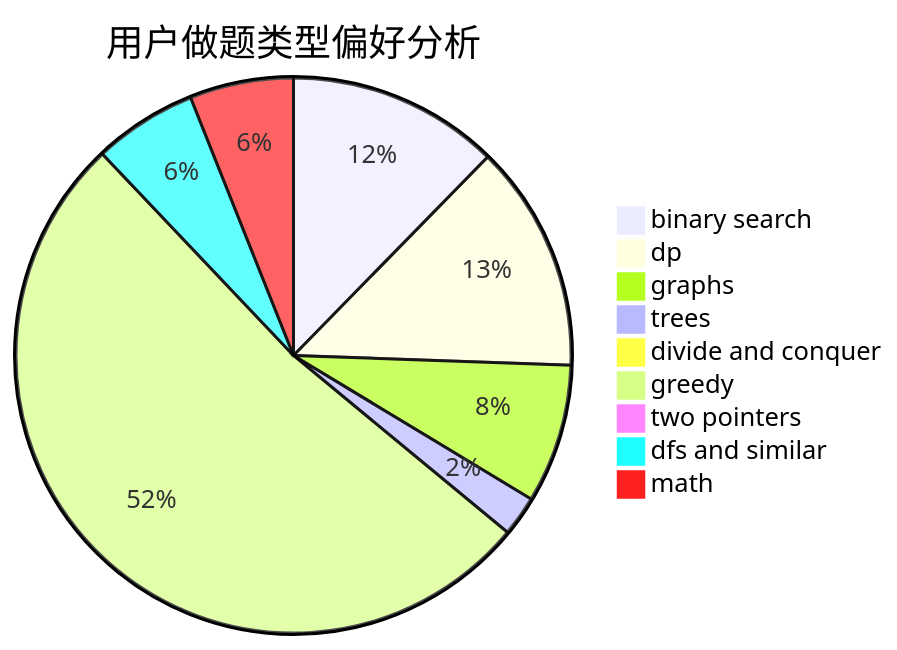
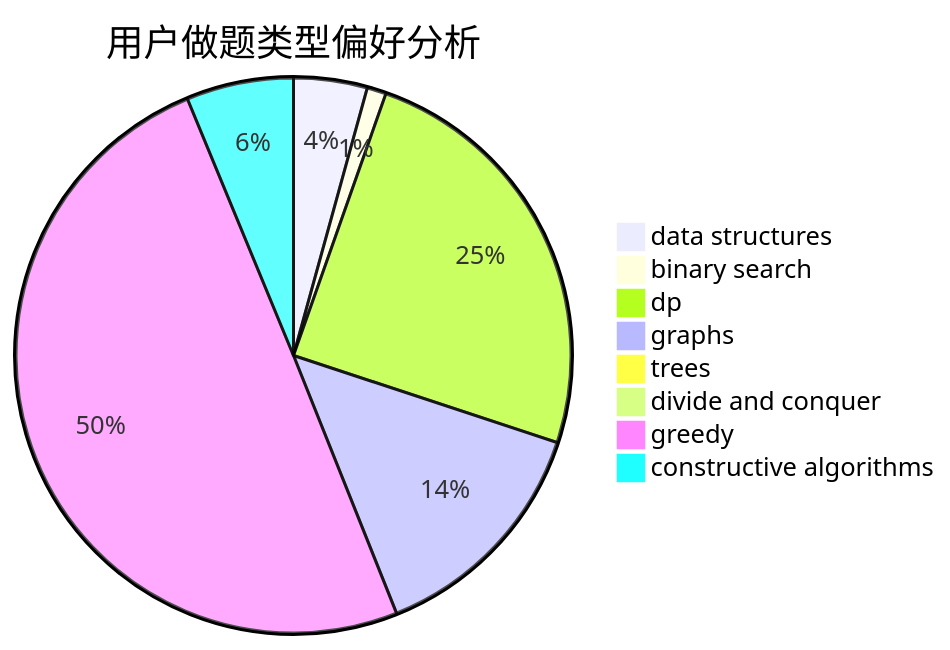
The second of 3 diagrams in docs/user/u1168.md (sherpahu/cfrs.github.io), drawn with Mermaid before and after one commit. The commit also changed other lines of this file and 2775 other files, not shown here.

````diff
--- a/docs/user/u1168.md
+++ b/docs/user/u1168.md
@@ -23,12 +23,11 @@
 ```mermaid
 pie title 用户做题类型偏好分析
-    "binary search" :  300
-    "dp" :  322
-    "graphs" :  197
-    "trees" :  57
+    "data structures" :  46
+    "binary search" :  12
+    "dp" :  265
+    "graphs" :  149
+    "trees" :  0
     "divide and conquer" :  0
-    "greedy" :  1264
-    "two pointers" :  17
-    "dfs and similar" :  147
-    "math" :  147
+    "greedy" :  535
+    "constructive algorithms" :  67
 ```
````
